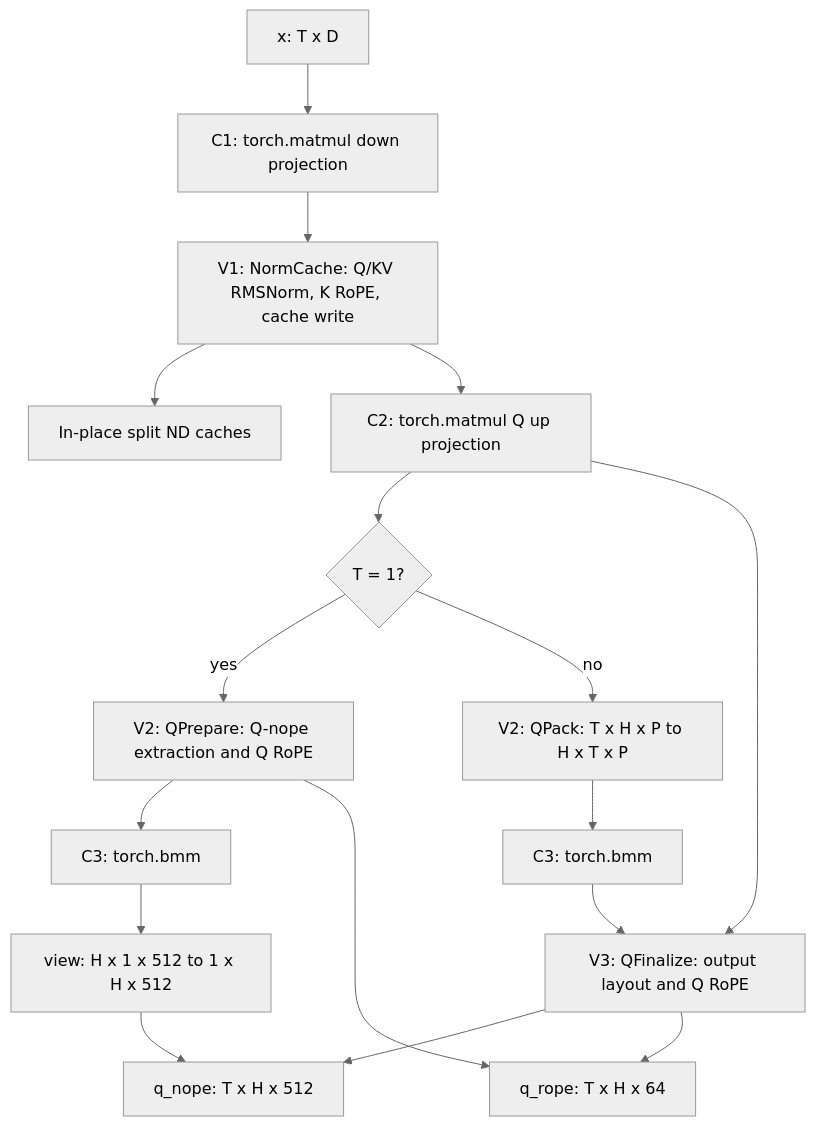
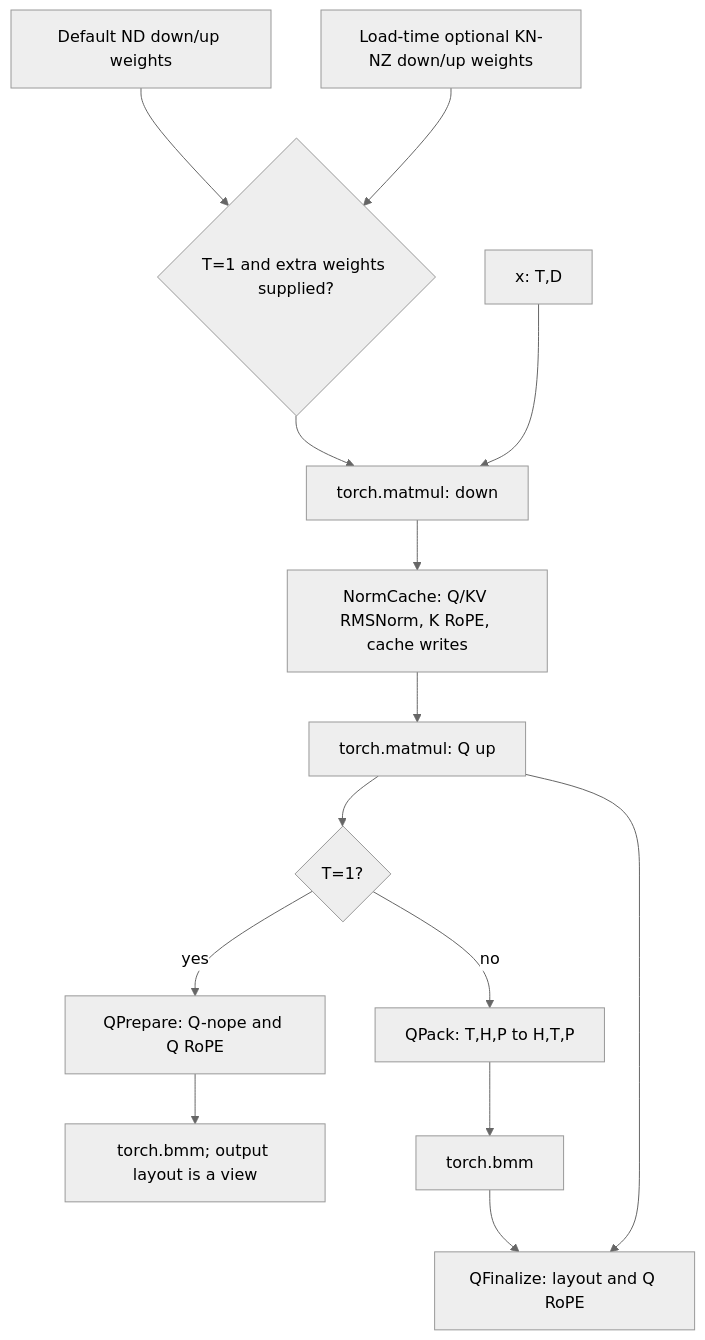
The diagram in docs/source/developer_guide/mla_preprocess_serial.md (vllm-project/vllm-ascend), drawn with Mermaid (neutral theme) before and after one commit. The commit also changed other lines of this file and 2 other files, not shown here.

First line of the commit message:
perf(ops): add optional MLA single-token weight preparation

````diff
--- a/docs/source/developer_guide/mla_preprocess_serial.md
+++ b/docs/source/developer_guide/mla_preprocess_serial.md
@@ -17,19 +18,16 @@
 ```mermaid
 flowchart TD
-    X["x: T x D"] --> C1["C1: torch.matmul down projection"]
-    C1 --> V1["V1: NormCache: Q/KV RMSNorm, K RoPE, cache write"]
-    V1 --> CACHE["In-place split ND caches"]
-    V1 --> C2["C2: torch.matmul Q up projection"]
-    C2 --> B{"T = 1?"}
-    B -->|yes| VP["V2: QPrepare: Q-nope extraction and Q RoPE"]
-    VP --> C3S["C3: torch.bmm"]
-    C3S --> VIEW["view: H x 1 x 512 to 1 x H x 512"]
-    B -->|no| PK["V2: QPack: T x H x P to H x T x P"]
-    PK --> C3["C3: torch.bmm"]
-    C3 --> VF["V3: QFinalize: output layout and Q RoPE"]
+    ND["Default ND down/up weights"] --> SELECT{"T=1 and extra weights supplied?"}
+    NZ["Load-time optional KN-NZ down/up weights"] --> SELECT
+    SELECT --> C1["torch.matmul: down"]
+    X["x: T,D"] --> C1
+    C1 --> V1["NormCache: Q/KV RMSNorm, K RoPE, cache writes"]
+    V1 --> C2["torch.matmul: Q up"]
+    C2 --> B{"T=1?"}
+    B -->|yes| VP["QPrepare: Q-nope and Q RoPE"]
+    VP --> C3S["torch.bmm; output layout is a view"]
+    B -->|no| PK["QPack: T,H,P to H,T,P"]
+    PK --> C3["torch.bmm"]
+    C3 --> VF["QFinalize: layout and Q RoPE"]
     C2 --> VF
-    VIEW --> QN["q_nope: T x H x 512"]
-    VF --> QN
-    VF --> QR["q_rope: T x H x 64"]
-    VP --> QR
 ```
````
